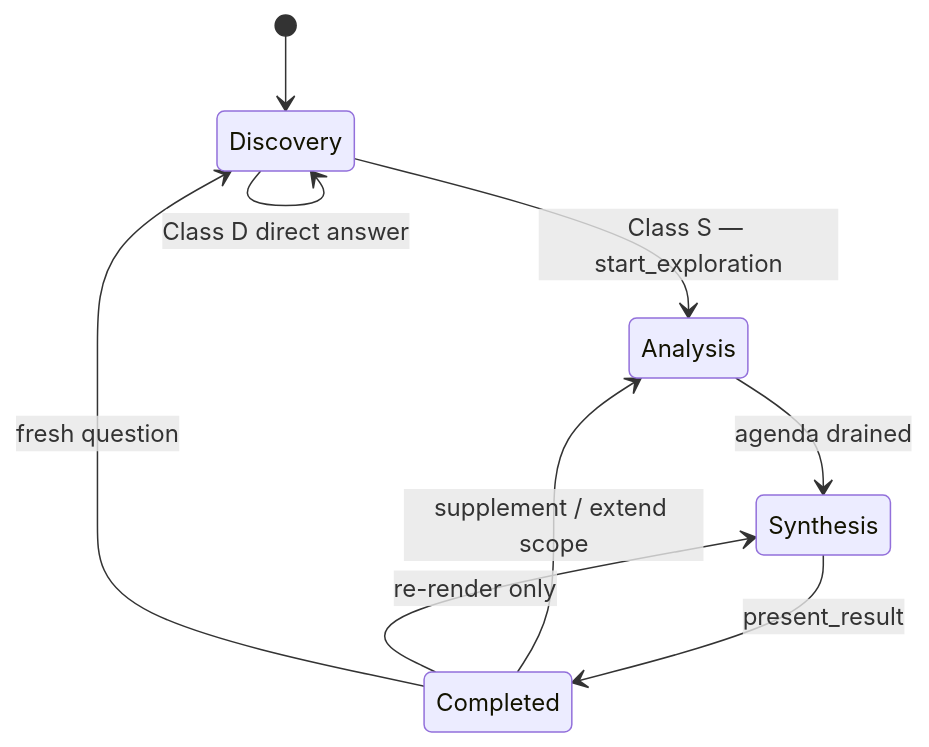
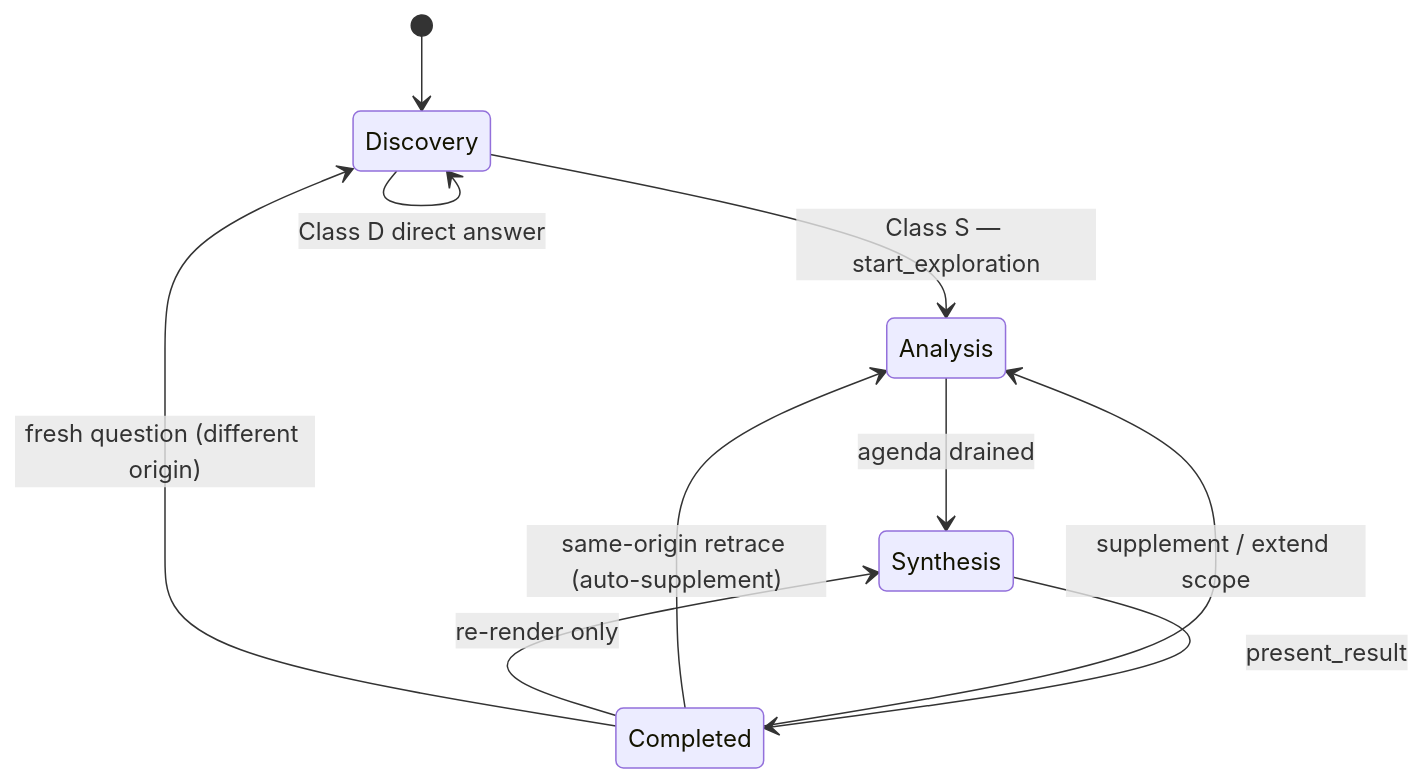
The sixth of 7 diagrams in docs/ARCHITECTURE.md (ChrisDevRepo/vscode_data_lineage), drawn with Mermaid before and after one commit. The commit also changed other lines of this file and 10 other files, not shown here.

````diff
--- a/docs/ARCHITECTURE.md
+++ b/docs/ARCHITECTURE.md
@@ -293,11 +293,12 @@
 ```mermaid
 stateDiagram-v2
     [*] --> Discovery
     Discovery --> Discovery: Class D direct answer
     Discovery --> Analysis: Class S — start_exploration
     Analysis --> Synthesis: agenda drained
     Synthesis --> Completed: present_result
     Completed --> Analysis: supplement / extend scope
+    Completed --> Analysis: same-origin retrace (auto-supplement)
     Completed --> Synthesis: re-render only
-    Completed --> Discovery: fresh question
+    Completed --> Discovery: fresh question (different origin)
 ```
````
